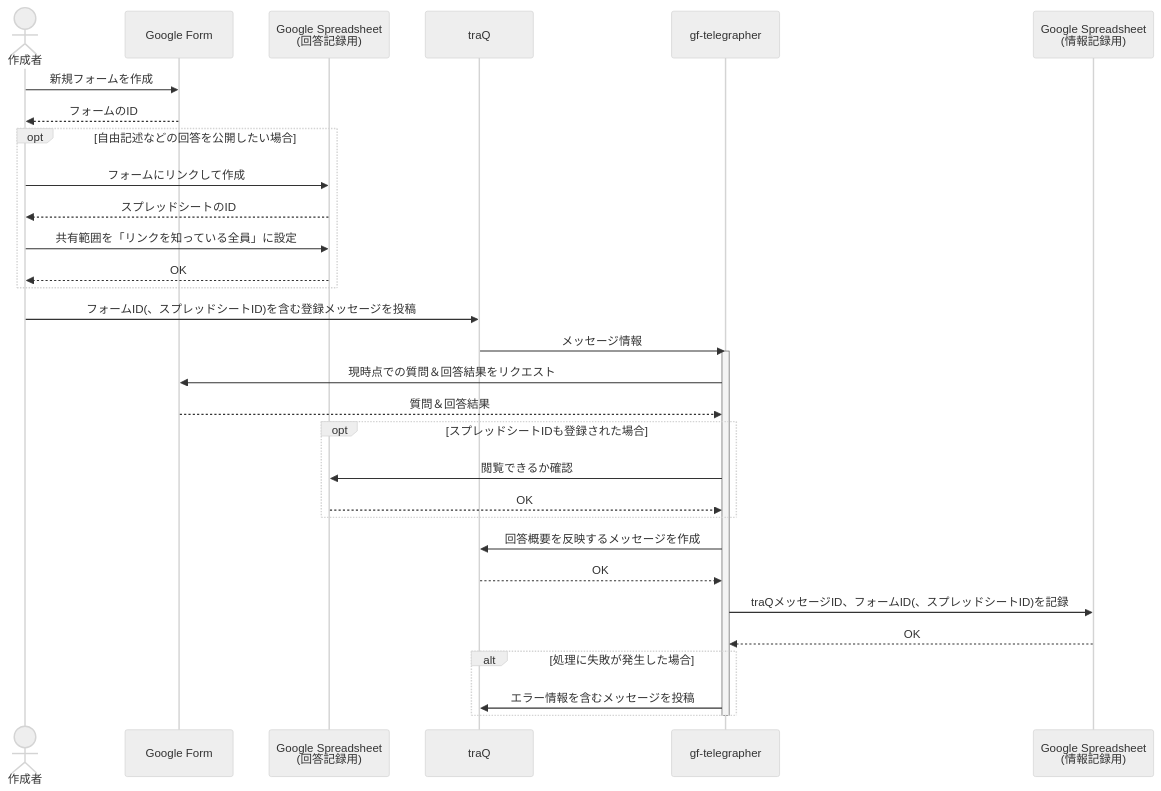
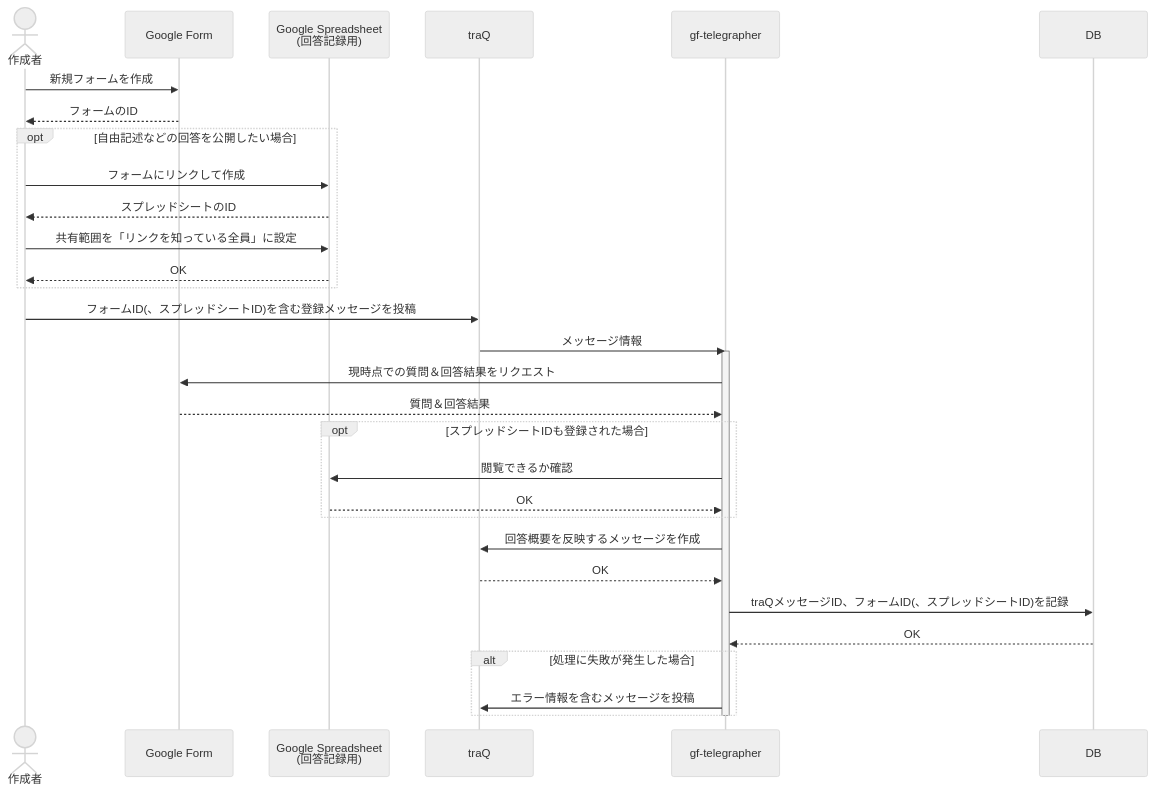
One commit to oribe1115/gf-telegrapher changed the first of 2 diagrams in docs/design.md. Above: the diagram before and after it, drawn with Mermaid (neutral theme). The commit also changed other lines of this file and 2 other files, not shown here.

Commit message:
構成を一部変更

````diff
--- a/docs/design.md
+++ b/docs/design.md
@@ -32,41 +32,41 @@
 ```mermaid
 sequenceDiagram
     actor User as 作成者
     participant GF as Google Form
     participant GS as Google Spreadsheet<br>(回答記録用)
     participant traQ
     participant telegrapher as gf-telegrapher
-    participant tele-GS as Google Spreadsheet<br>(情報記録用)
+    participant DB
 
 
     User->>GF: 新規フォームを作成
     GF-->>User: フォームのID
     opt 自由記述などの回答を公開したい場合
     User->>GS: フォームにリンクして作成
     GS-->>User: スプレッドシートのID
     User->>GS: 共有範囲を「リンクを知っている全員」に設定
     GS-->>User: OK
     end
 
     User->>traQ: フォームID(、スプレッドシートID)を含む登録メッセージを投稿
     traQ->>telegrapher: メッセージ情報
     
     activate telegrapher
     telegrapher->>GF: 現時点での質問＆回答結果をリクエスト
     GF-->>telegrapher: 質問＆回答結果
 
     opt スプレッドシートIDも登録された場合
     telegrapher->>GS: 閲覧できるか確認
     GS-->>telegrapher: OK
     end
 
     telegrapher->>traQ: 回答概要を反映するメッセージを作成
     traQ-->>telegrapher: OK
-    telegrapher->>tele-GS: traQメッセージID、フォームID(、スプレッドシートID)を記録
-    tele-GS-->>telegrapher: OK
+    telegrapher->>DB: traQメッセージID、フォームID(、スプレッドシートID)を記録
+    DB-->>telegrapher: OK
 
     alt 処理に失敗が発生した場合
     telegrapher->>traQ: エラー情報を含むメッセージを投稿
     end
     deactivate telegrapher
 ```
````
